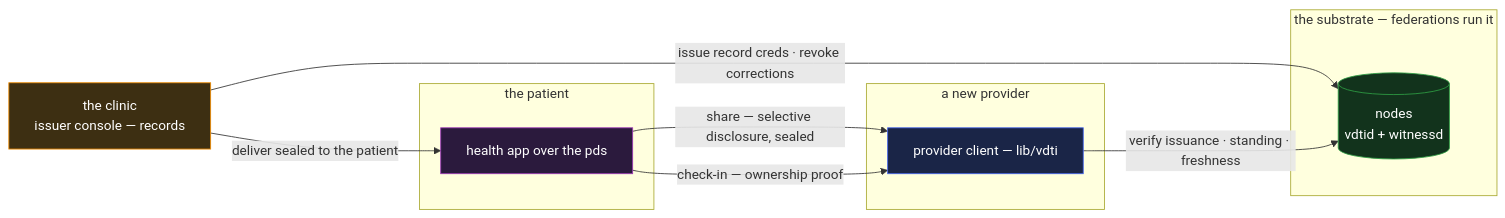
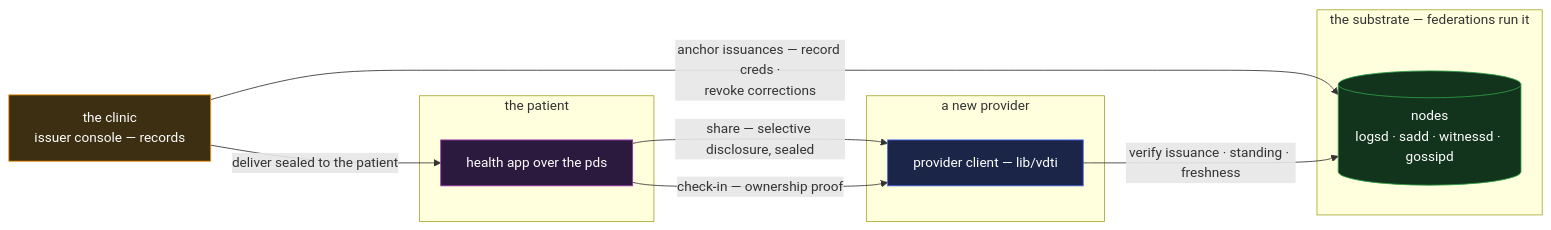
One commit to jasoncolburne/vdti changed the diagram in docs/design/example-applications/health.md. Above: the diagram before and after it, drawn with Mermaid. The commit also changed 79 other files, not shown here.

````diff
--- a/docs/design/example-applications/health.md
+++ b/docs/design/example-applications/health.md
@@ -10,22 +10,22 @@
 ```mermaid
 flowchart LR
   clinic["the clinic<br/>issuer console — records"]:::org
   subgraph patient["the patient"]
     wallet["health app over the pds"]:::app
   end
   subgraph specialist["a new provider"]
     slib["provider client — lib/vdti"]:::lib
   end
   subgraph sub["the substrate — federations run it"]
-    node[("nodes<br/>vdtid + witnessd")]:::svc
+    node[("nodes<br/>logsd · sadd · witnessd · gossipd")]:::svc
   end
-  clinic -->|"issue record creds · revoke corrections"| node
+  clinic -->|"anchor issuances — record creds ·<br/>revoke corrections"| node
   clinic -->|"deliver sealed to the patient"| wallet
   wallet -->|"share — selective disclosure, sealed"| slib
   slib -->|"verify issuance · standing · freshness"| node
   wallet -->|"check-in — ownership proof"| slib
   classDef app fill:#2b1a3d,stroke:#9c36b5,color:#fff
   classDef lib fill:#1a2547,stroke:#4263eb,color:#fff
   classDef org fill:#3d2f12,stroke:#f08c00,color:#fff
   classDef svc fill:#12331c,stroke:#2f9e44,color:#fff
 ```
````
